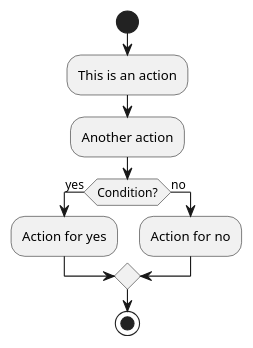
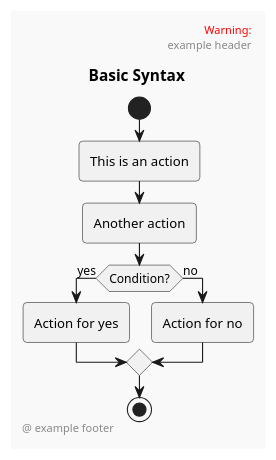
One commit to DenAV/DevOps-Notes changed the first of 7 diagrams in Tools/plantuml.md. Above: the diagram before and after it, drawn with PlantUML. The commit also changed other lines of this file and 8 other files, not shown here.

Commit message:
add info about plantuml

````diff
--- a/Tools/plantuml.md
+++ b/Tools/plantuml.md
@@ -7,13 +7,20 @@
 ```plantuml
 @startuml
+!theme mars
+right header 
+<font color=red>Warning:</font>
+example header
+endheader
+title Basic Syntax
+left footer @ example footer
 start
 :This is an action;
 :Another action;
 if (Condition?) then (yes)
   :Action for yes;
 else (no)
   :Action for no;
 endif
 stop
 @enduml
 ```
````
